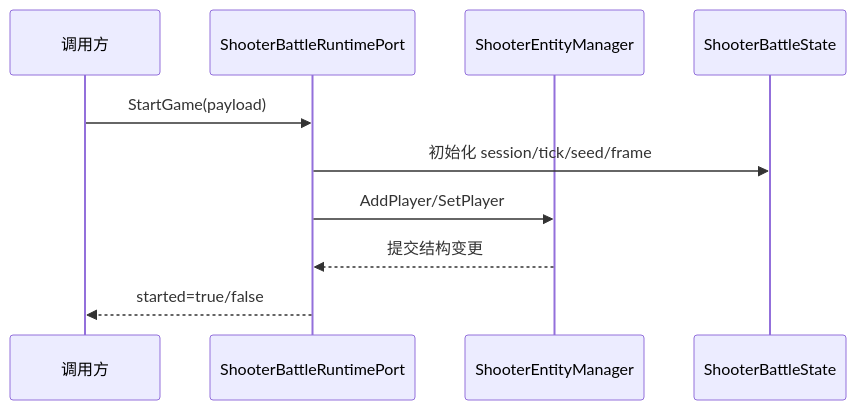
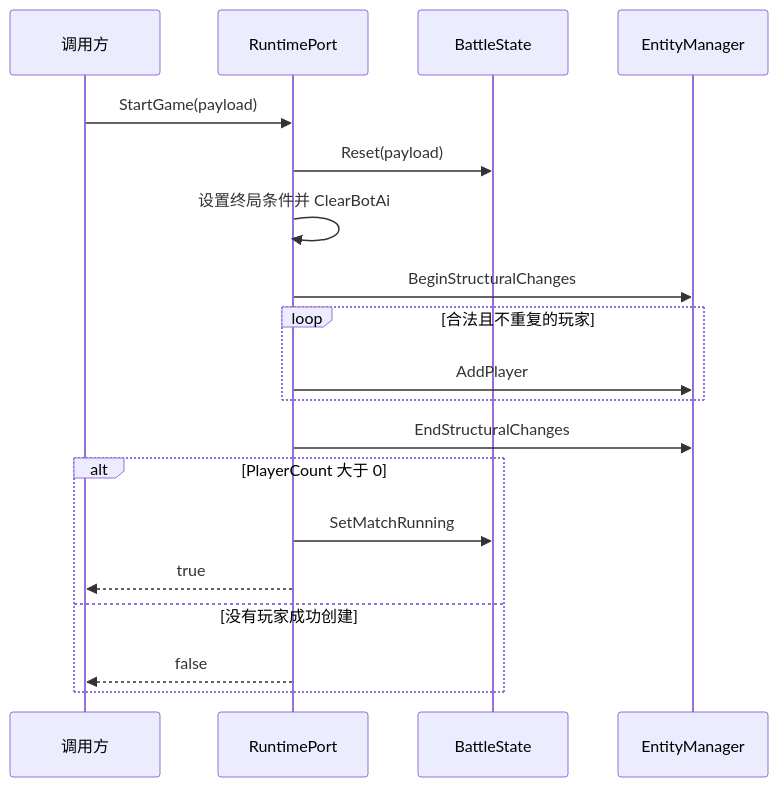
Before and after one commit to Kurumioi/AbilityKit: the third of 6 diagrams in Docs/design/09-ImplementationExamples/Shooter/01-RuntimeSveltoSimulation.md, drawn with Mermaid. The commit also changed other lines of this file and 118 other files, not shown here.

````diff
--- a/Docs/design/09-ImplementationExamples/Shooter/01-RuntimeSveltoSimulation.md
+++ b/Docs/design/09-ImplementationExamples/Shooter/01-RuntimeSveltoSimulation.md
@@ -82,13 +91,22 @@
 ```mermaid
 sequenceDiagram
     participant Caller as 调用方
-    participant Port as ShooterBattleRuntimePort
-    participant Entity as ShooterEntityManager
-    participant State as ShooterBattleState
+    participant Port as RuntimePort
+    participant State as BattleState
+    participant Entity as EntityManager
 
     Caller->>Port: StartGame(payload)
-    Port->>State: 初始化 session/tick/seed/frame
-    Port->>Entity: AddPlayer/SetPlayer
-    Entity-->>Port: 提交结构变更
-    Port-->>Caller: started=true/false
+    Port->>State: Reset(payload)
+    Port->>Port: 设置终局条件并 ClearBotAi
+    Port->>Entity: BeginStructuralChanges
+    loop 合法且不重复的玩家
+        Port->>Entity: AddPlayer
+    end
+    Port->>Entity: EndStructuralChanges
+    alt PlayerCount 大于 0
+        Port->>State: SetMatchRunning
+        Port-->>Caller: true
+    else 没有玩家成功创建
+        Port-->>Caller: false
+    end
 ```
````
